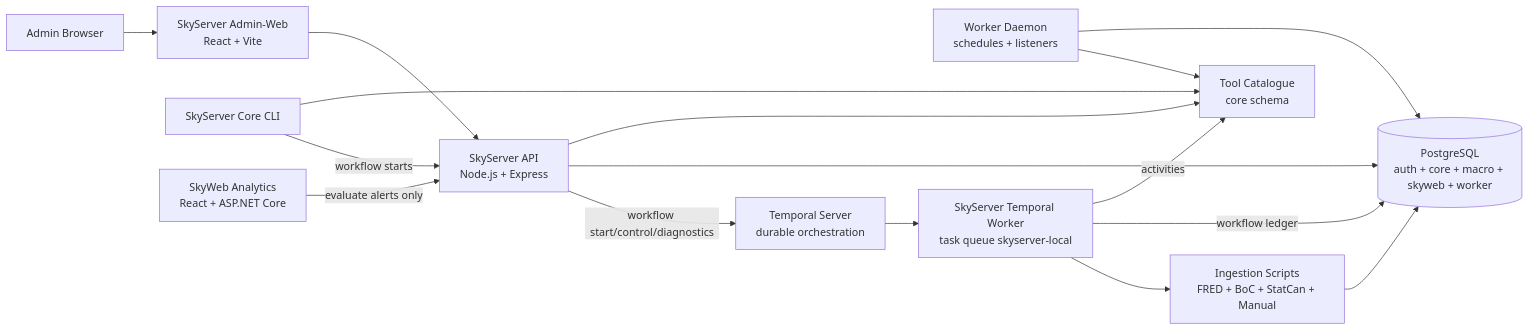
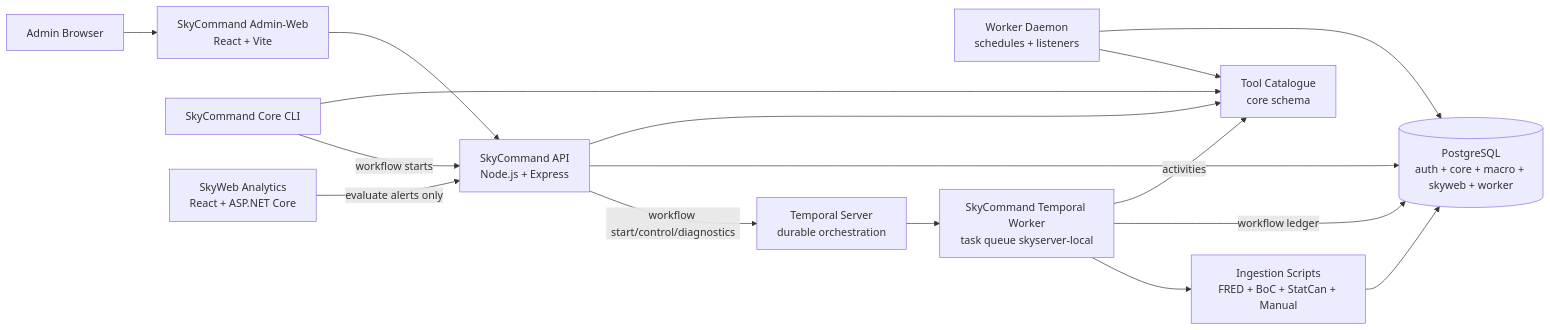
The diagram in README.md (PStar1980/SkyCommand), drawn with Mermaid before and after one commit. The commit also changed other lines of this file and 95 other files, not shown here.

Commit message:
SkyServer to SkyCommand Renaming

````diff
--- a/README.md
+++ b/README.md
@@ -173,18 +173,18 @@
 ```mermaid
 flowchart LR
-    Admin[Admin Browser] --> AdminWeb["SkyServer Admin-Web<br/>React + Vite"]
-    AdminWeb --> Api["SkyServer API<br/>Node.js + Express"]
-    Core[SkyServer Core CLI] --> Tools["Tool Catalogue<br/>core schema"]
+    Admin[Admin Browser] --> AdminWeb["SkyCommand Admin-Web<br/>React + Vite"]
+    AdminWeb --> Api["SkyCommand API<br/>Node.js + Express"]
+    Core[SkyCommand Core CLI] --> Tools["Tool Catalogue<br/>core schema"]
     Core -->|workflow starts| Api
     Api --> Tools
     Api --> Db[("PostgreSQL<br/>auth + core + macro + skyweb + worker")]
     Worker["Worker Daemon<br/>schedules + listeners"] --> Db
     Worker --> Tools
     Ingestion["Ingestion Scripts<br/>FRED + BoC + StatCan + Manual"] --> Db
     SkyWeb["SkyWeb Analytics<br/>React + ASP.NET Core"] -->|evaluate alerts only| Api
     Api -->|workflow start/control/diagnostics| Temporal["Temporal Server<br/>durable orchestration"]
-    Temporal --> TemporalWorker["SkyServer Temporal Worker<br/>task queue skyserver-local"]
+    Temporal --> TemporalWorker["SkyCommand Temporal Worker<br/>task queue skyserver-local"]
     TemporalWorker -->|activities| Tools
     TemporalWorker -->|workflow ledger| Db
     TemporalWorker --> Ingestion
 ```
````
